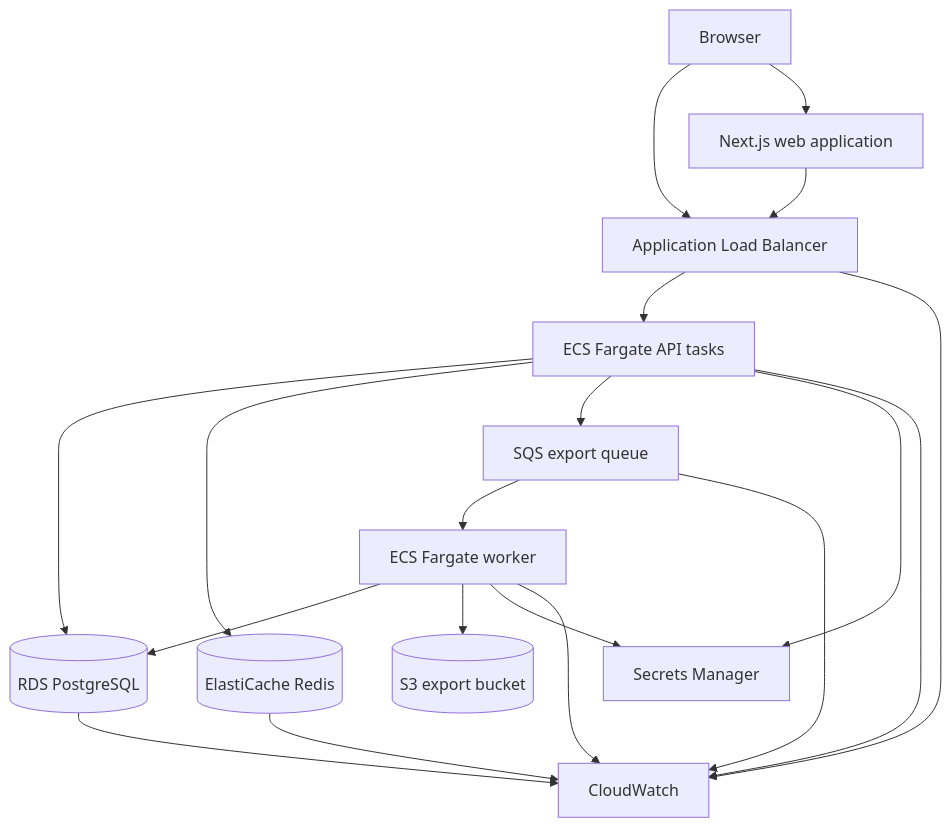
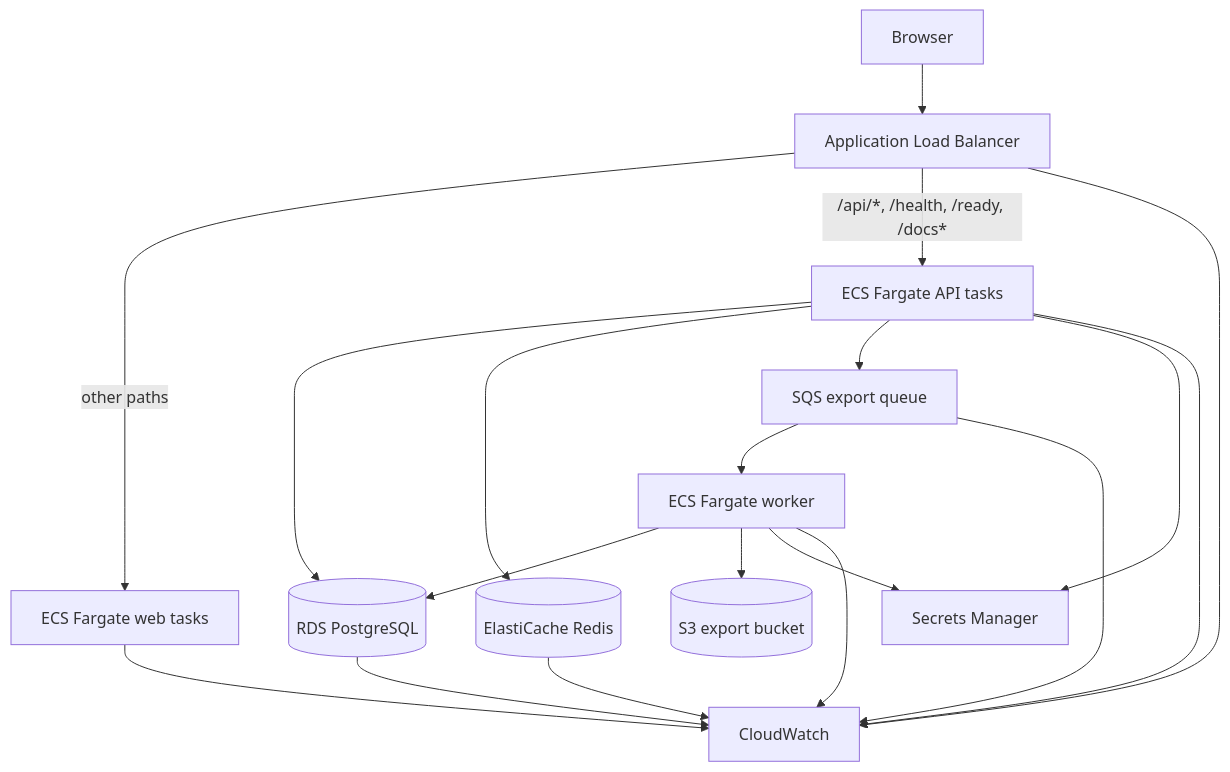
One commit to jubaerhosain/cloudtask changed the diagram in application-spec.md. Above: the diagram before and after it, drawn with Mermaid. The commit also changed other lines of this file and 2 other files, not shown here.

````diff
--- a/application-spec.md
+++ b/application-spec.md
@@ -556,24 +571,24 @@
 ```mermaid
 flowchart TB
     User[Browser] --> ALB[Application Load Balancer]
-    ALB --> API[ECS Fargate API tasks]
-    User --> WEB[Next.js web application]
-    WEB --> ALB
+    ALB -->|other paths| WEB[ECS Fargate web tasks]
+    ALB -->|/api/*, /health, /ready, /docs*| API[ECS Fargate API tasks]
 
     API --> RDS[(RDS PostgreSQL)]
     API --> REDIS[(ElastiCache Redis)]
     API --> SQS[SQS export queue]
     API --> SECRETS[Secrets Manager]
 
     SQS --> WORKER[ECS Fargate worker]
     WORKER --> RDS
     WORKER --> S3[(S3 export bucket)]
     WORKER --> SECRETS
 
-    API --> CW[CloudWatch]
+    WEB --> CW[CloudWatch]
+    API --> CW
     WORKER --> CW
     ALB --> CW
     RDS --> CW
     REDIS --> CW
     SQS --> CW
 ```
````
